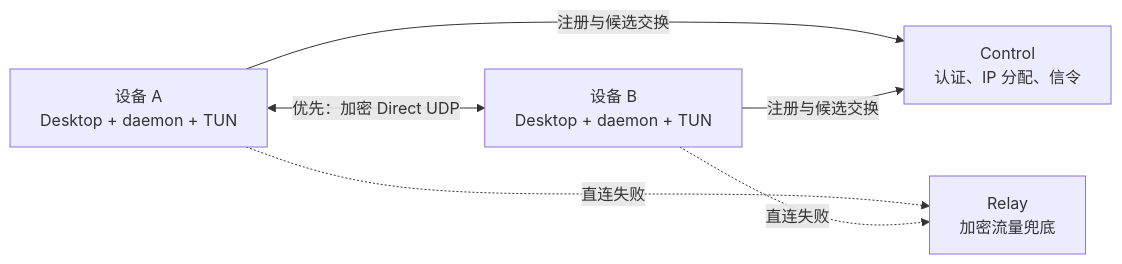
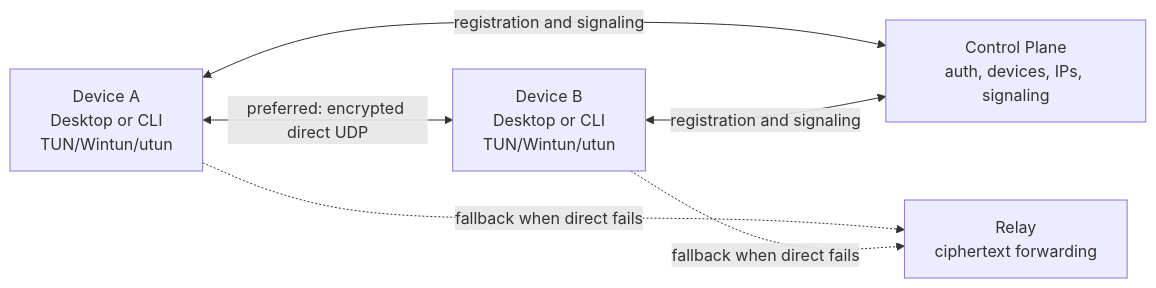
The diagram in README.md (yhan-sun/p2wlan), drawn with Mermaid before and after one commit. The commit also changed other lines of this file and 1 other file, not shown here.

````diff
--- a/README.md
+++ b/README.md
@@ -242,13 +124,13 @@
 ```mermaid
 flowchart LR
-    A["设备 A<br/>Desktop + daemon + TUN"]
-    B["设备 B<br/>Desktop + daemon + TUN"]
-    C["Control<br/>认证、IP 分配、信令"]
-    R["Relay<br/>加密流量兜底"]
+    A["Device A<br/>Desktop or CLI<br/>TUN/Wintun/utun"]
+    B["Device B<br/>Desktop or CLI<br/>TUN/Wintun/utun"]
+    C["Control Plane<br/>auth, devices, IPs, signaling"]
+    R["Relay<br/>ciphertext forwarding"]
 
-    A <-->|"优先：加密 Direct UDP"| B
-    A -->|"注册与候选交换"| C
-    B -->|"注册与候选交换"| C
-    A -.->|"直连失败"| R
-    B -.->|"直连失败"| R
+    A <-->|"preferred: encrypted direct UDP"| B
+    A <-->|"registration and signaling"| C
+    B <-->|"registration and signaling"| C
+    A -.->|"fallback when direct fails"| R
+    B -.->|"fallback when direct fails"| R
 ```
````
